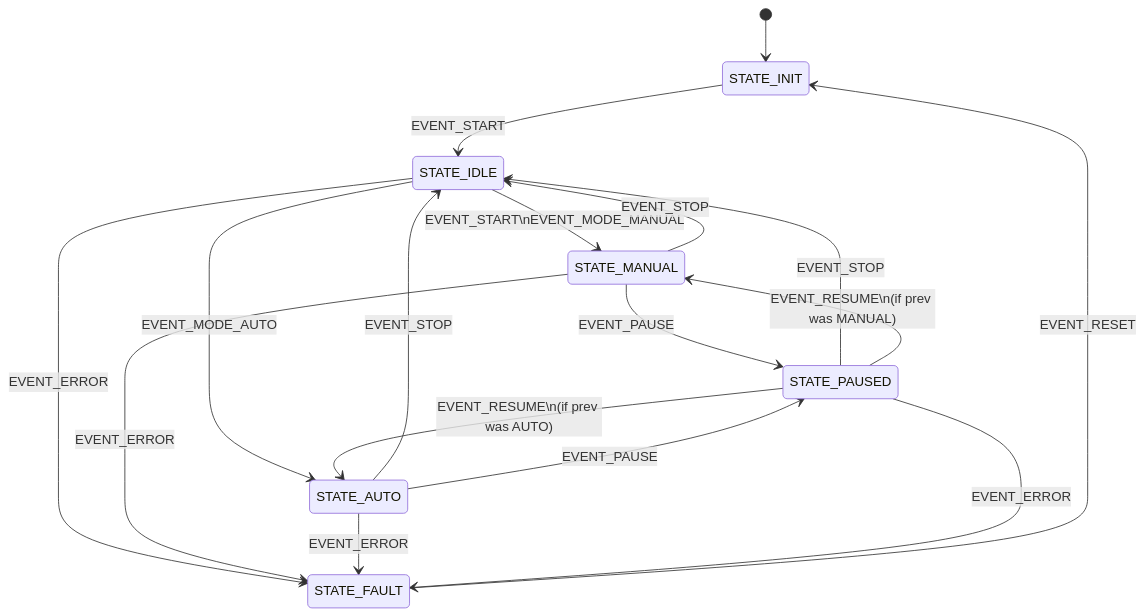
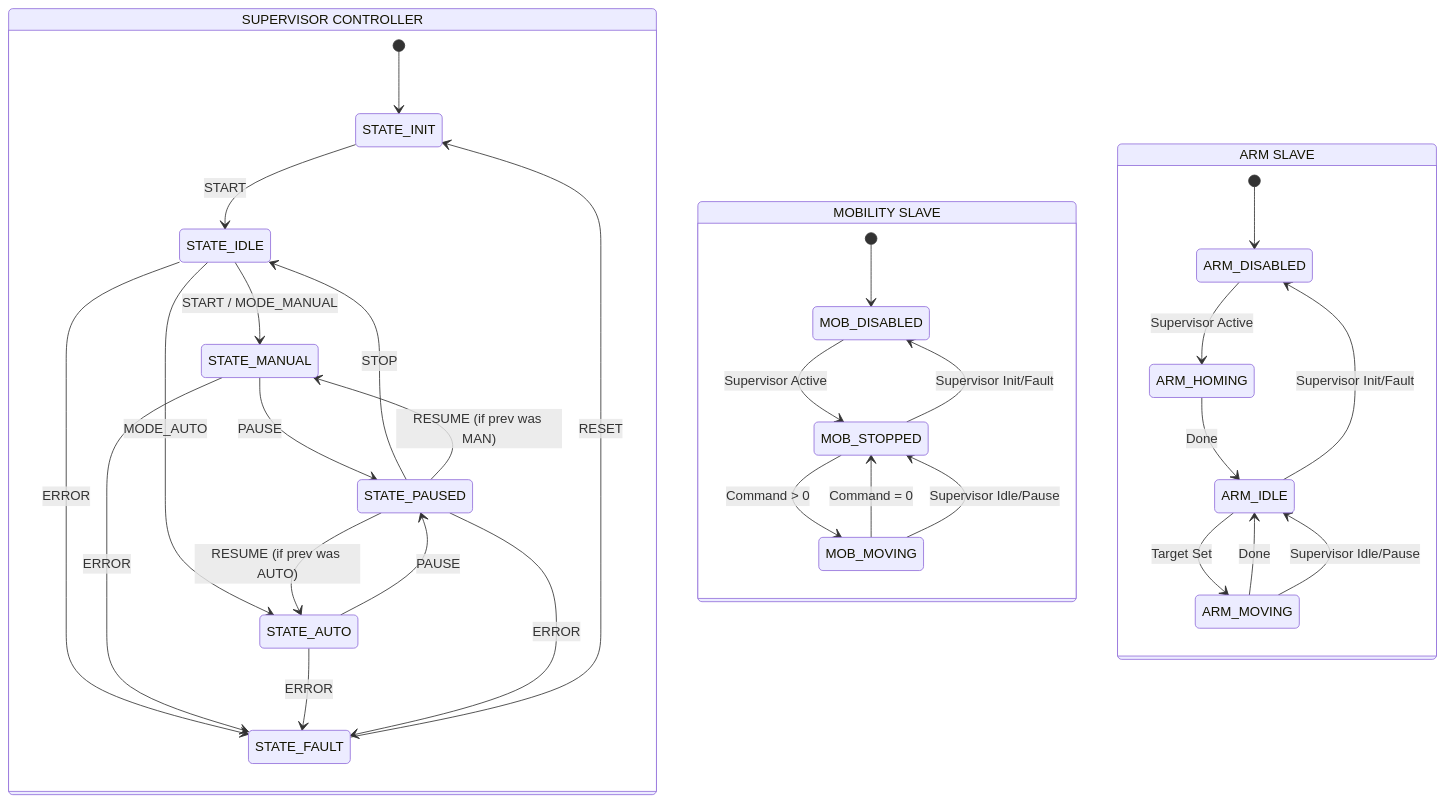
The diagram in docs/state_machine.md (ipobletev/sme-stm32f407-4wcl), drawn with Mermaid before and after one commit. The commit also changed other lines of this file and 31 other files, not shown here.

````diff
--- a/docs/state_machine.md
+++ b/docs/state_machine.md
@@ -62,25 +130,42 @@
 ```mermaid
 stateDiagram-v2
-    [*] --> STATE_INIT
-    STATE_INIT --> STATE_IDLE : EVENT_START
-    
-    STATE_IDLE --> STATE_MANUAL : EVENT_START\nEVENT_MODE_MANUAL
-    STATE_IDLE --> STATE_AUTO : EVENT_MODE_AUTO
-    
-    STATE_MANUAL --> STATE_IDLE : EVENT_STOP
-    STATE_MANUAL --> STATE_PAUSED : EVENT_PAUSE
-    
-    STATE_AUTO --> STATE_IDLE : EVENT_STOP
-    STATE_AUTO --> STATE_PAUSED : EVENT_PAUSE
-    
-    STATE_PAUSED --> STATE_IDLE : EVENT_STOP
-    STATE_PAUSED --> STATE_MANUAL : EVENT_RESUME\n(if prev was MANUAL)
-    STATE_PAUSED --> STATE_AUTO : EVENT_RESUME\n(if prev was AUTO)
-    
-    STATE_IDLE --> STATE_FAULT : EVENT_ERROR
-    STATE_MANUAL --> STATE_FAULT : EVENT_ERROR
-    STATE_AUTO --> STATE_FAULT : EVENT_ERROR
-    STATE_PAUSED --> STATE_FAULT : EVENT_ERROR
-    
-    STATE_FAULT --> STATE_INIT : EVENT_RESET
+    state "SUPERVISOR CONTROLLER" as Supervisor {
+        [*] --> STATE_INIT
+        STATE_INIT --> STATE_IDLE : START
+        STATE_IDLE --> STATE_MANUAL : START / MODE_MANUAL
+        STATE_IDLE --> STATE_AUTO : MODE_AUTO
+        
+        STATE_MANUAL --> STATE_PAUSED : PAUSE
+        STATE_AUTO --> STATE_PAUSED : PAUSE
+        
+        STATE_PAUSED --> STATE_IDLE : STOP
+        STATE_PAUSED --> STATE_MANUAL : RESUME (if prev was MAN)
+        STATE_PAUSED --> STATE_AUTO : RESUME (if prev was AUTO)
+
+        STATE_IDLE --> STATE_FAULT : ERROR
+        STATE_MANUAL --> STATE_FAULT : ERROR
+        STATE_AUTO --> STATE_FAULT : ERROR
+        STATE_PAUSED --> STATE_FAULT : ERROR
+        
+        STATE_FAULT --> STATE_INIT : RESET
+    }
+
+    state "MOBILITY SLAVE" as Mob {
+        [*] --> MOB_DISABLED
+        MOB_DISABLED --> MOB_STOPPED : Supervisor Active
+        MOB_STOPPED --> MOB_MOVING : Command > 0
+        MOB_MOVING --> MOB_STOPPED : Command = 0
+        MOB_STOPPED --> MOB_DISABLED : Supervisor Init/Fault
+        MOB_MOVING --> MOB_STOPPED : Supervisor Idle/Pause
+    }
+
+    state "ARM SLAVE" as Arm {
+        [*] --> ARM_DISABLED
+        ARM_DISABLED --> ARM_HOMING : Supervisor Active
+        ARM_HOMING --> ARM_IDLE : Done
+        ARM_IDLE --> ARM_MOVING : Target Set
+        ARM_MOVING --> ARM_IDLE : Done
+        ARM_IDLE --> ARM_DISABLED : Supervisor Init/Fault
+        ARM_MOVING --> ARM_IDLE : Supervisor Idle/Pause
+    }
 ```
````
